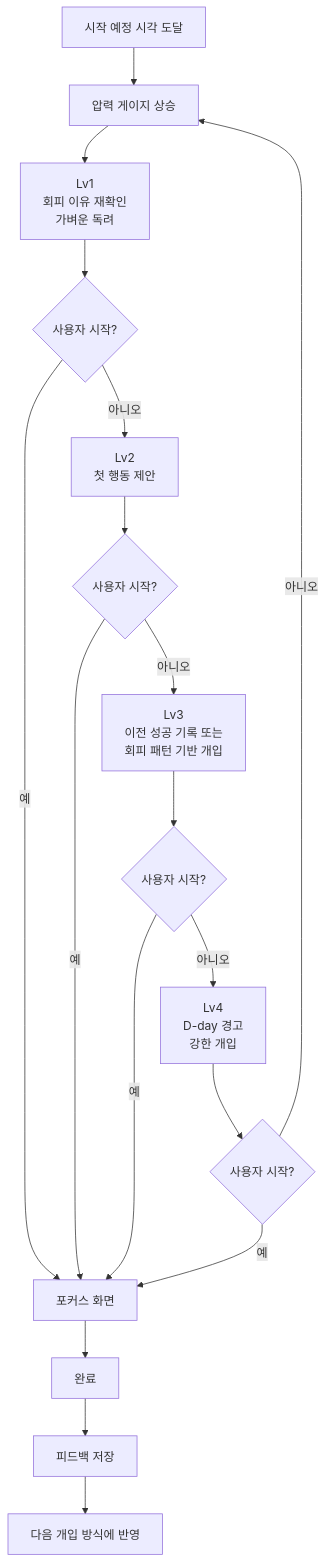
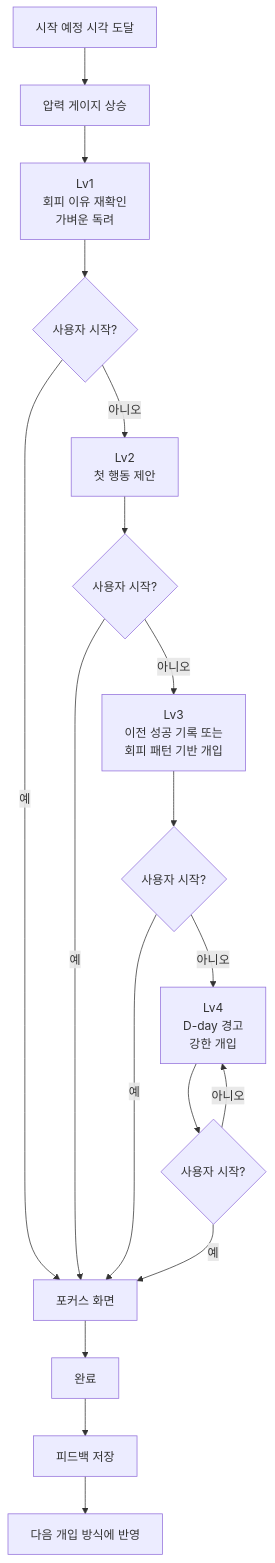
Before and after one commit to Mureung1/hub-showcase: the second of 2 diagrams in docs/plan.md, drawn with Mermaid. The commit also changed other lines of this file and 2 other files, not shown here.

````diff
--- a/docs/plan.md
+++ b/docs/plan.md
@@ -89,36 +85,36 @@
 ```mermaid
 flowchart TD
     A[시작 예정 시각 도달]
     --> B[압력 게이지 상승]
 
     B --> C[Lv1<br/>회피 이유 재확인<br/>가벼운 독려]
 
     C --> D{사용자 시작?}
 
     D -- 예 --> J[포커스 화면]
 
     D -- 아니오 --> E[Lv2<br/>첫 행동 제안]
 
     E --> F{사용자 시작?}
 
     F -- 예 --> J
 
     F -- 아니오 --> G[Lv3<br/>이전 성공 기록 또는<br/>회피 패턴 기반 개입]
 
     G --> H{사용자 시작?}
 
     H -- 예 --> J
 
     H -- 아니오 --> I[Lv4<br/>D-day 경고<br/>강한 개입]
 
     I --> K{사용자 시작?}
 
     K -- 예 --> J
-    K -- 아니오 --> B
+    K -- 아니오 --> I
 
     J --> L[완료]
 
     L --> M[피드백 저장]
 
     M --> N[다음 개입 방식에 반영]
 ```
````
